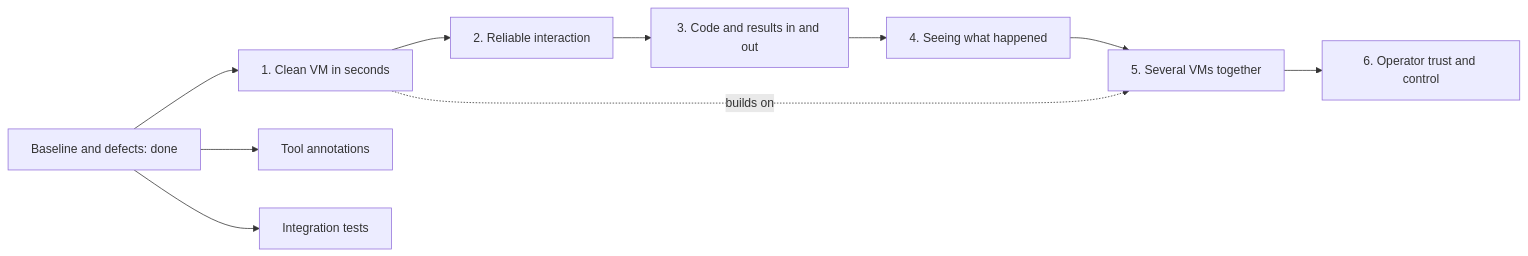
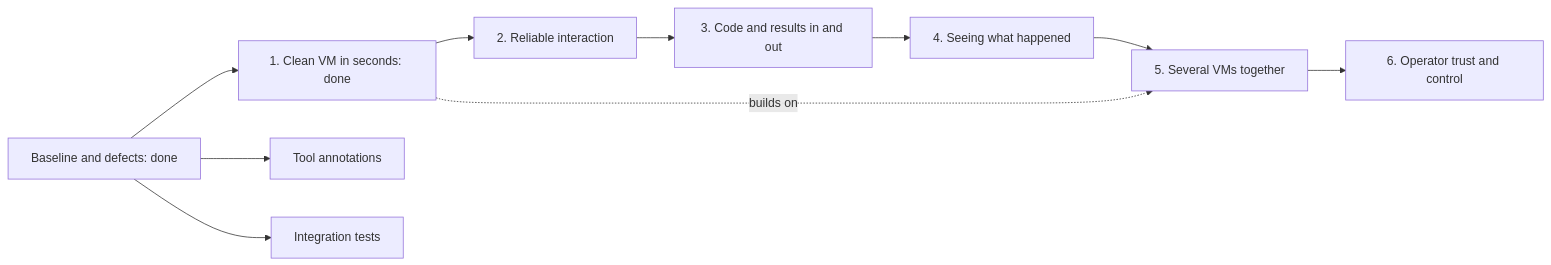
Before and after one commit to jonatsu/virt-manager-mcp: the diagram in docs/plans/fork-roadmap.md, drawn with Mermaid. The commit also changed other lines of this file and 1 other file, not shown here.

First line of the commit message:
docs: document disposable VMs and mark outcome 1 done

````diff
--- a/docs/plans/fork-roadmap.md
+++ b/docs/plans/fork-roadmap.md
@@ -14,12 +14,12 @@
 ```mermaid
 flowchart LR
-  B[Baseline and defects: done] --> O1[1. Clean VM in seconds]
+  B[Baseline and defects: done] --> O1[1. Clean VM in seconds: done]
   O1 --> O2[2. Reliable interaction]
   O2 --> O3[3. Code and results in and out]
   O3 --> O4[4. Seeing what happened]
   O4 --> O5[5. Several VMs together]
   O5 --> O6[6. Operator trust and control]
   O1 -. builds on .-> O5
   B --> A[Tool annotations]
   B --> IT[Integration tests]
 ```
````
